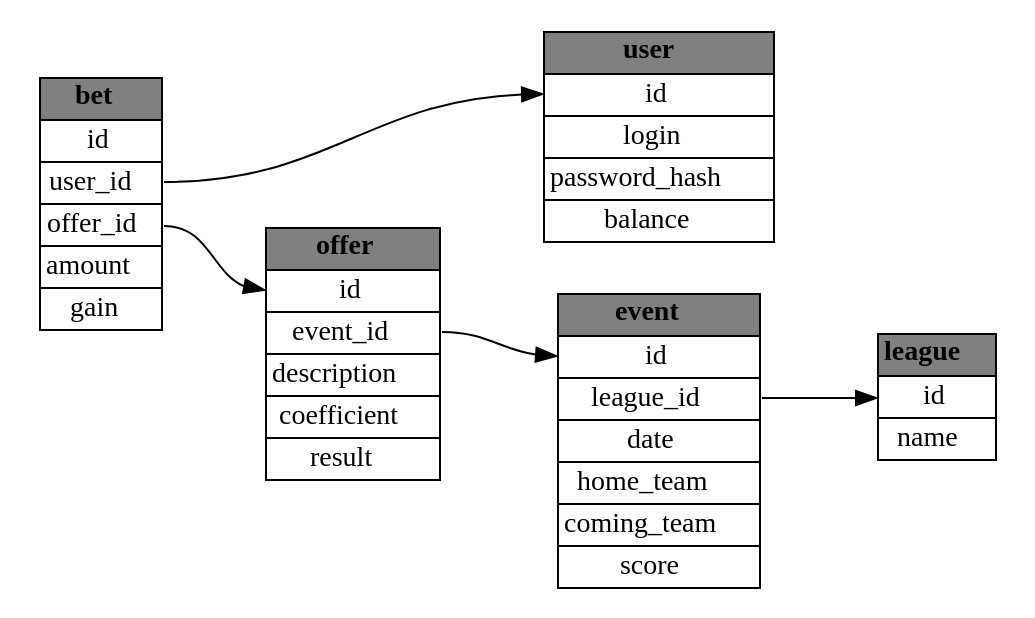
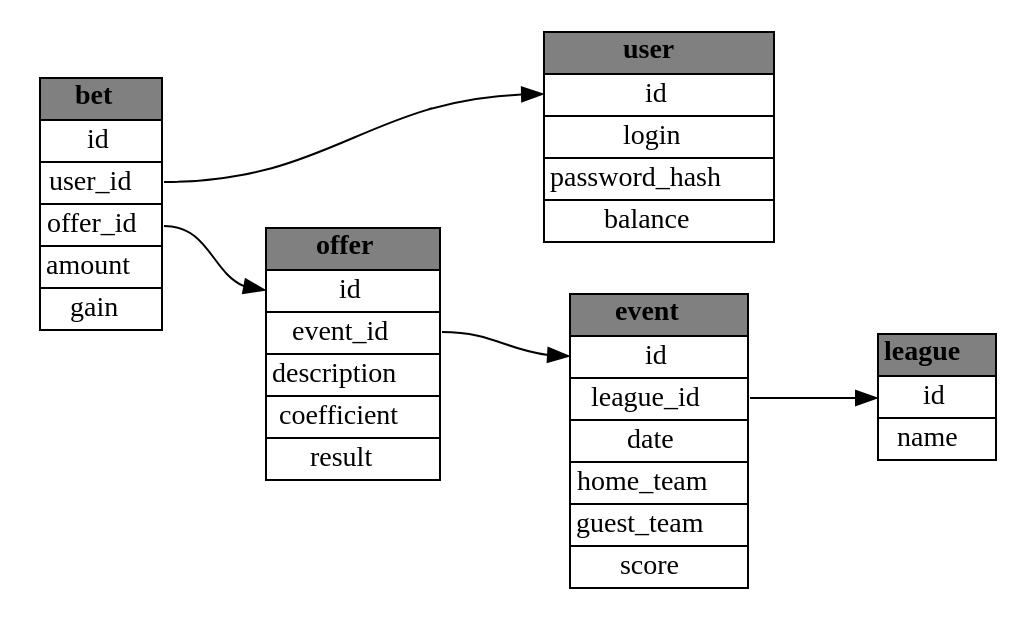
One commit to SovietSir/http-server-sep-17 changed the diagram in documentation/db_schema.dot. Above: the diagram before and after it, drawn with Graphviz.

Commit message:
#5 - Rename field in schema

```diff
--- a/documentation/db_schema.dot
+++ b/documentation/db_schema.dot
@@ -1,75 +1,75 @@
 digraph meeting_rooms_db {
   node [shape=rectangle]
 
   rankdir=LR
 
   league
   [
     shape = none
     label = <<table border="0" cellspacing="0">
                 <tr><td border="1" bgcolor="grey"><b>league</b></td></tr>
                 <tr><td port="id" border="1">id</td></tr>
                 <tr><td border="1">name</td></tr>
             </table>>
   ]
 
   event
   [
     shape = none
     label = <<table border="0" cellspacing="0">
                 <tr><td border="1" bgcolor="grey">  <b>event</b>  </td></tr>
                 <tr><td port="id" border="1">id</td></tr>
                 <tr><td port="l_id" border="1">league_id</td></tr>
                 <tr><td border="1">date</td></tr>
                 <tr><td border="1">home_team</td></tr>
-                <tr><td border="1">coming_team</td></tr>
+                <tr><td border="1">guest_team</td></tr>
                 <tr><td border="1">score</td></tr>
             </table>>
   ]
 
   event:l_id -> league:id [weight=0]
 
   offer
   [
     shape = none
     label = <<table border="0" cellspacing="0">
                 <tr><td border="1" bgcolor="grey">  <b>offer</b>  </td></tr>
                 <tr><td port="id" border="1">id</td></tr>
                 <tr><td port="e_id" border="1">event_id</td></tr>
                 <tr><td border="1">description</td></tr>
                 <tr><td border="1">coefficient</td></tr>
                 <tr><td border="1">result</td></tr>
             </table>>
   ]
 
   offer:e_id -> event:id [weight=0]
 
   user
   [
     shape = none
     label = <<table border="0" cellspacing="0">
                 <tr><td border="1" bgcolor="grey">  <b>user</b>  </td></tr>
                 <tr><td port="id" border="1">id</td></tr>
                 <tr><td border="1">login</td></tr>
                 <tr><td border="1">password_hash</td></tr>
                 <tr><td border="1">balance</td></tr>
             </table>>
   ]
 
   bet
   [
     shape = none
     label = <<table border="0" cellspacing="0">
                 <tr><td border="1" bgcolor="grey">  <b>bet</b>  </td></tr>
                 <tr><td port="id" border="1">id</td></tr>
                 <tr><td port="u_id" border="1">user_id</td></tr>
                 <tr><td port="o_id" border="1">offer_id</td></tr>
                 <tr><td border="1">amount</td></tr>
                 <tr><td border="1">gain</td></tr>
             </table>>
   ]
 
   bet:u_id -> user:id [weight=0]
   bet:o_id -> offer:id [weight=0]
 
 }
```
